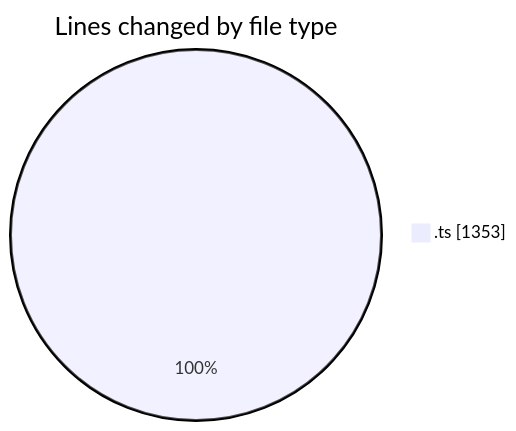
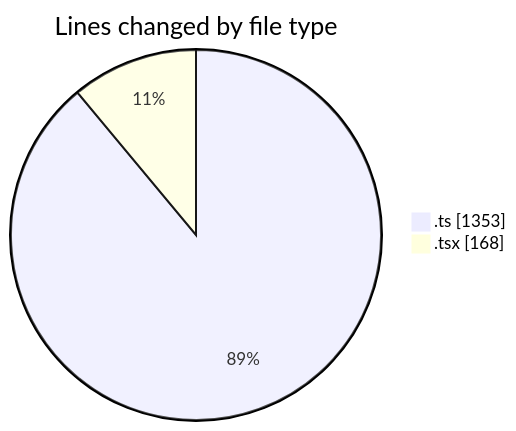
One commit to nxtqubesakshisongat/code-tracking changed the first of 2 diagrams in 2026-03-12/nxtqube_webapp/README.md. Above: the diagram before and after it, drawn with Mermaid. The commit also changed other lines of this file and 1 other file, not shown here.

````diff
--- a/2026-03-12/nxtqube_webapp/README.md
+++ b/2026-03-12/nxtqube_webapp/README.md
@@ -24,5 +25,6 @@
 ```mermaid
 pie showData
 title Lines changed by file type
 ".ts" : 1353
+".tsx" : 168
 ```
````
